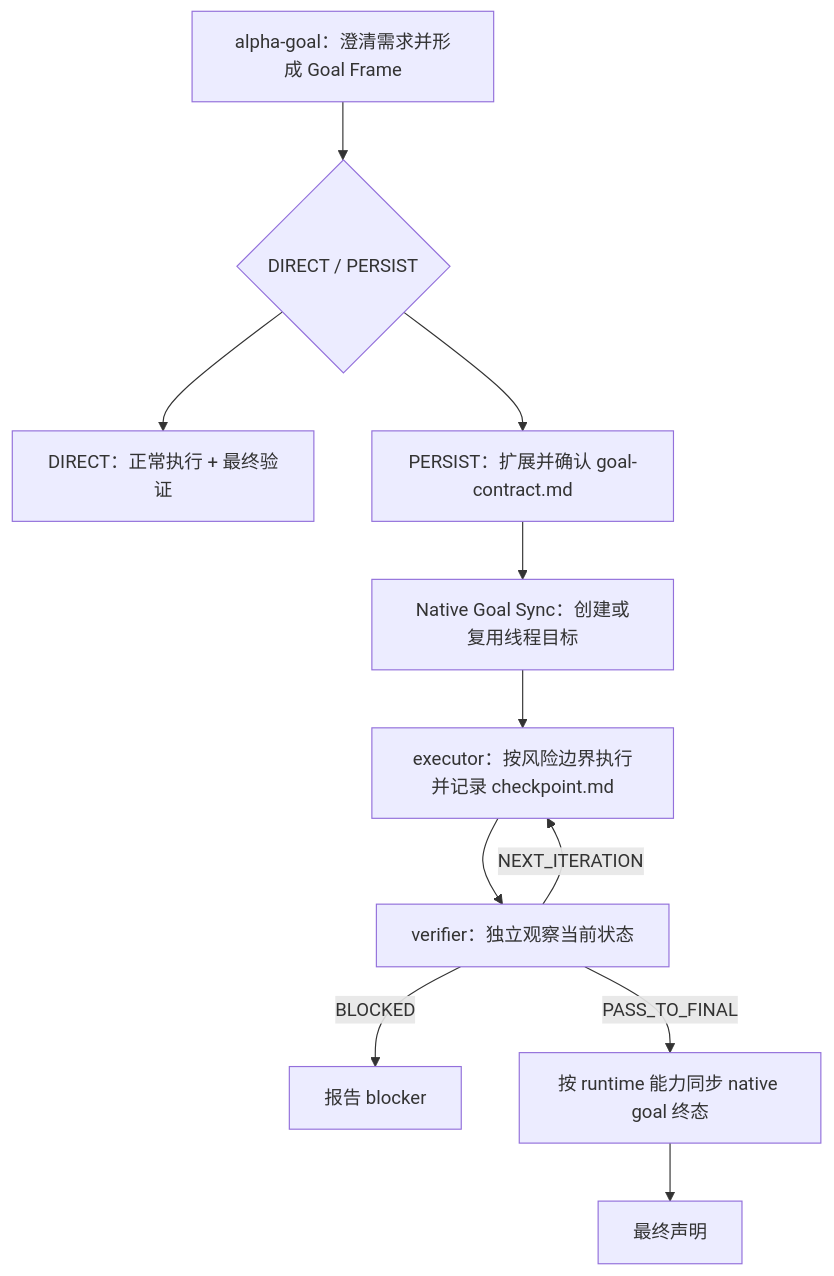
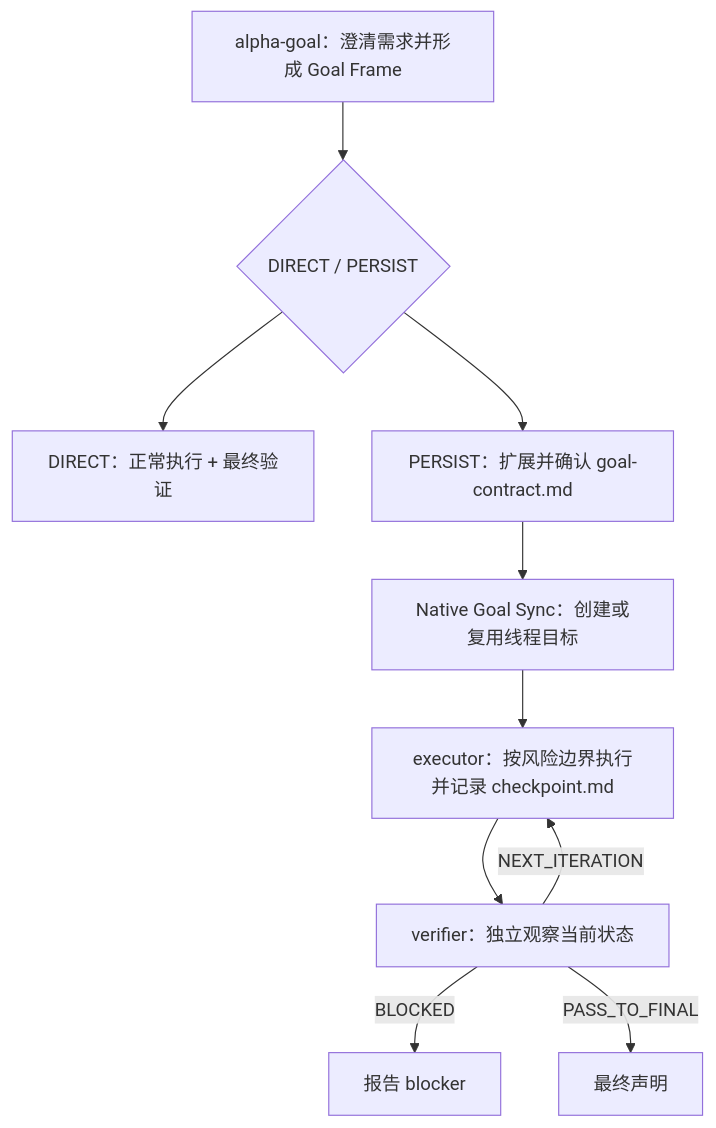
Before and after one commit to azhonglee/alpha-goal: the diagram in README.md, drawn with Mermaid. The commit also changed other lines of this file and 5 other files, not shown here.

Commit message:
Simplify native goal sync handoff

````diff
--- a/README.md
+++ b/README.md
@@ -42,13 +42,12 @@
 ```mermaid
 flowchart TD
   A["alpha-goal：澄清需求并形成 Goal Frame"] --> R{"DIRECT / PERSIST"}
   R --> D["DIRECT：正常执行 + 最终验证"]
   R --> P["PERSIST：扩展并确认 goal-contract.md"]
   P --> S["Native Goal Sync：创建或复用线程目标"]
   S --> E["executor：按风险边界执行并记录 checkpoint.md"]
   E --> V["verifier：独立观察当前状态"]
   V -->|"NEXT_ITERATION"| E
   V -->|"BLOCKED"| B["报告 blocker"]
-  V -->|"PASS_TO_FINAL"| C["按 runtime 能力同步 native goal 终态"]
-  C --> F["最终声明"]
+  V -->|"PASS_TO_FINAL"| F["最终声明"]
 ```
````
